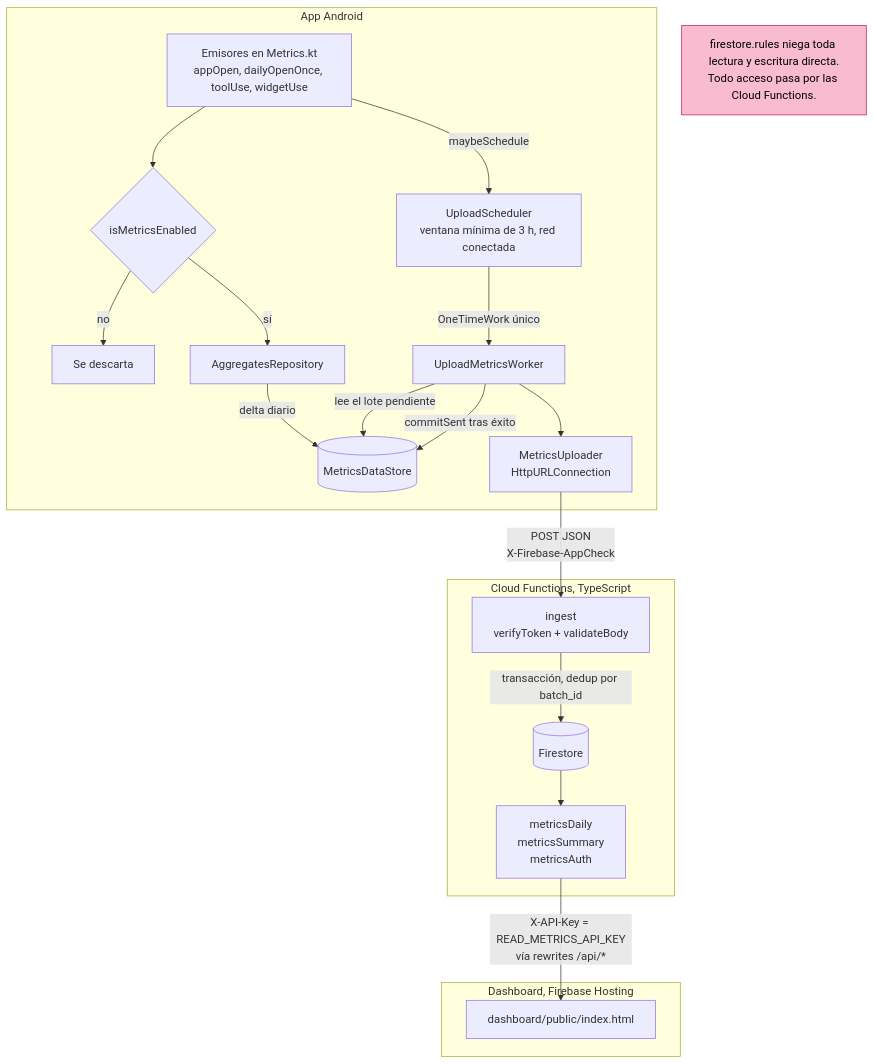
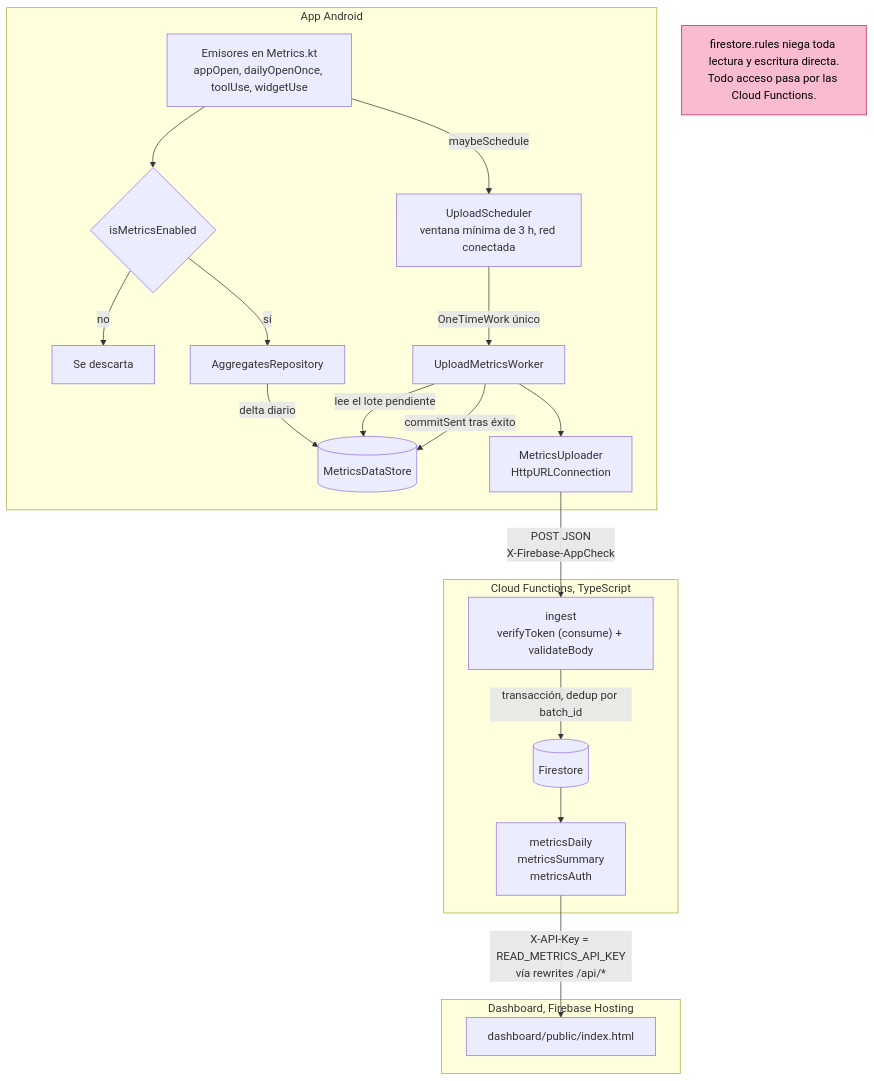
Before and after one commit to JoaquinSasso/MiniToolbox: the second of 4 diagrams in docs/architecture.md, drawn with Mermaid. The commit also changed other lines of this file and 9 other files, not shown here.

First line of the commit message:
fix(metrics): proteger la ingesta contra replay de tokens de App Check

````diff
--- a/docs/architecture.md
+++ b/docs/architecture.md
@@ -72,27 +72,27 @@
 ```mermaid
 flowchart TD
     subgraph App [App Android]
         E["Emisores en Metrics.kt<br/>appOpen, dailyOpenOnce, toolUse, widgetUse"] --> Gate{isMetricsEnabled}
         Gate -->|no| Drop[Se descarta]
         Gate -->|sí| AGR[AggregatesRepository]
         AGR -->|delta diario| MDS[(MetricsDataStore)]
         E -->|maybeSchedule| US["UploadScheduler<br/>ventana mínima de 3 h, red conectada"]
         US -->|OneTimeWork único| UW[UploadMetricsWorker]
         UW -->|lee el lote pendiente| MDS
         UW --> UP["MetricsUploader<br/>HttpURLConnection"]
         UW -->|commitSent tras éxito| MDS
     end
 
     subgraph Backend [Cloud Functions, TypeScript]
-        UP -->|"POST JSON<br/>X-Firebase-AppCheck"| ING["ingest<br/>verifyToken + validateBody"]
+        UP -->|"POST JSON<br/>X-Firebase-AppCheck"| ING["ingest<br/>verifyToken (consume) + validateBody"]
         ING -->|"transacción, dedup por batch_id"| FS[(Firestore)]
         FS --> RD["metricsDaily<br/>metricsSummary<br/>metricsAuth"]
     end
 
     subgraph Dash [Dashboard, Firebase Hosting]
         RD -->|"X-API-Key = READ_METRICS_API_KEY<br/>vía rewrites /api/*"| DB[dashboard/public/index.html]
     end
 
     note["firestore.rules niega toda lectura y escritura directa.<br/>Todo acceso pasa por las Cloud Functions."]
     style note fill:#f8bbd0,stroke:#c2185b,color:#000
 ```
````
